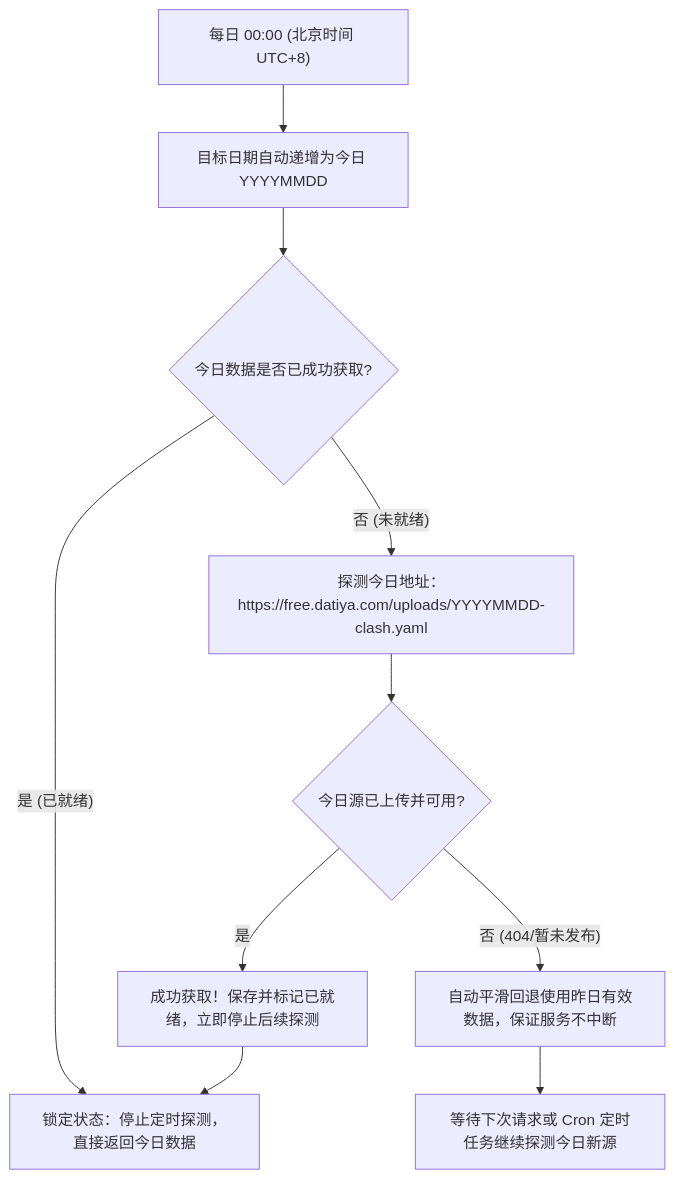
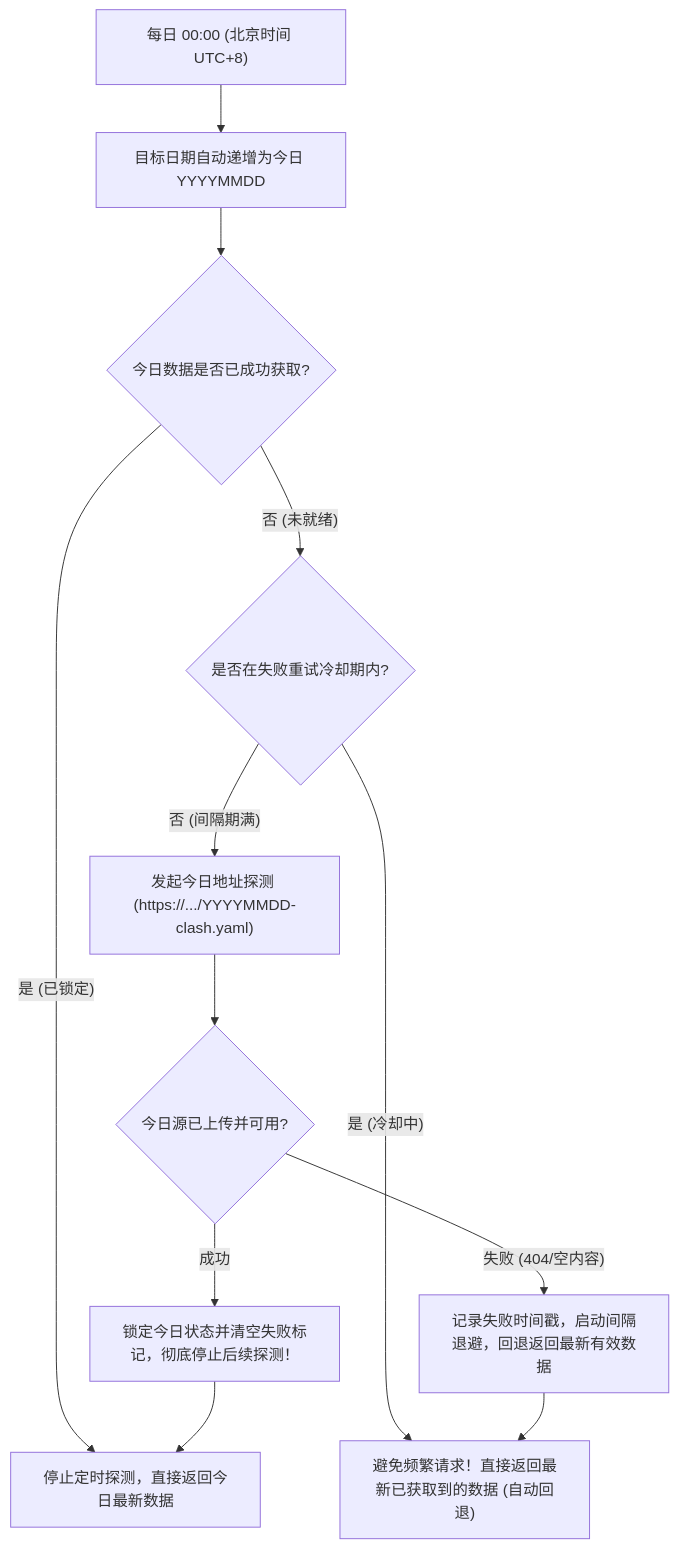
One commit to jialifushi/ParseFree changed the diagram in README.md. Above: the diagram before and after it, drawn with Mermaid. The commit also changed other lines of this file and 7 other files, not shown here.

````diff
--- a/README.md
+++ b/README.md
@@ -35,12 +35,14 @@
 ```mermaid
 flowchart TD
     A["每日 00:00 (北京时间 UTC+8)"] --> B["目标日期自动递增为今日 YYYYMMDD"]
     B --> C{"今日数据是否已成功获取?"}
-    C -->|"是 (已就绪)"| D["锁定状态：停止定时探测，直接返回今日数据"]
-    C -->|"否 (未就绪)"| E["探测今日地址：https://free.datiya.com/uploads/YYYYMMDD-clash.yaml"]
-    E --> F{"今日源已上传并可用?"}
-    F -->|"是"| G["成功获取！保存并标记已就绪，立即停止后续探测"]
-    F -->|"否 (404/暂未发布)"| H["自动平滑回退使用昨日有效数据，保证服务不中断"]
-    H --> I["等待下次请求或 Cron 定时任务继续探测今日新源"]
-    G --> D
+    C -->|"是 (已锁定)"| D["停止定时探测，直接返回今日最新数据"]
+    C -->|"否 (未就绪)"| E{"是否在失败重试冷却期内?"}
+    E -->|"是 (冷却中)"| F["避免频繁请求！直接返回最新已获取到的数据 (自动回退)"]
+    E -->|"否 (间隔期满)"| G["发起今日地址探测 (https://.../YYYYMMDD-clash.yaml)"]
+    G --> H{"今日源已上传并可用?"}
+    H -->|"成功"| I["锁定今日状态并清空失败标记，彻底停止后续探测！"]
+    H -->|"失败 (404/空内容)"| J["记录失败时间戳，启动间隔退避，回退返回最新有效数据"]
+    I --> D
+    J --> F
 ```
````
